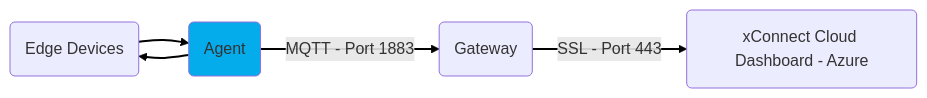
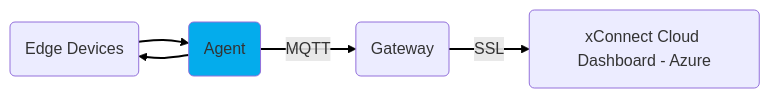
The diagram in docs/Agent_Overview.md (senecaxconnect/xconnect_docs), drawn with Mermaid before and after one commit. The commit also changed 2 other files, not shown here.

Commit message:
Fixed mermaid charts on overview pages

````diff
--- a/docs/Agent_Overview.md
+++ b/docs/Agent_Overview.md
@@ -9,9 +9,9 @@
 ```mermaid
       graph LR
           A(Edge Devices) --> B(Agent)
           B --> A
-          B -->|MQTT - Port 1883|C(Gateway)
-          C -->|SSL - Port 443|D(xConnect Cloud Dashboard - Azure);
+          B -->|MQTT|C(Gateway)
+          C -->|SSL|D(xConnect Cloud Dashboard - Azure);
           style B fill:#04acec
           linkStyle default stroke-width:2px,fill:none,stroke:black;
 ```
````
